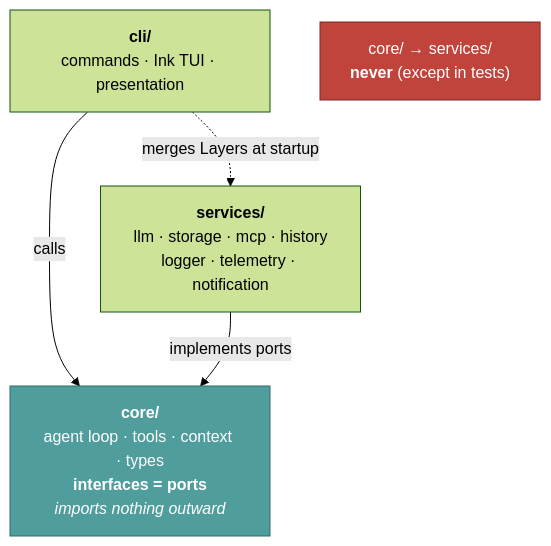
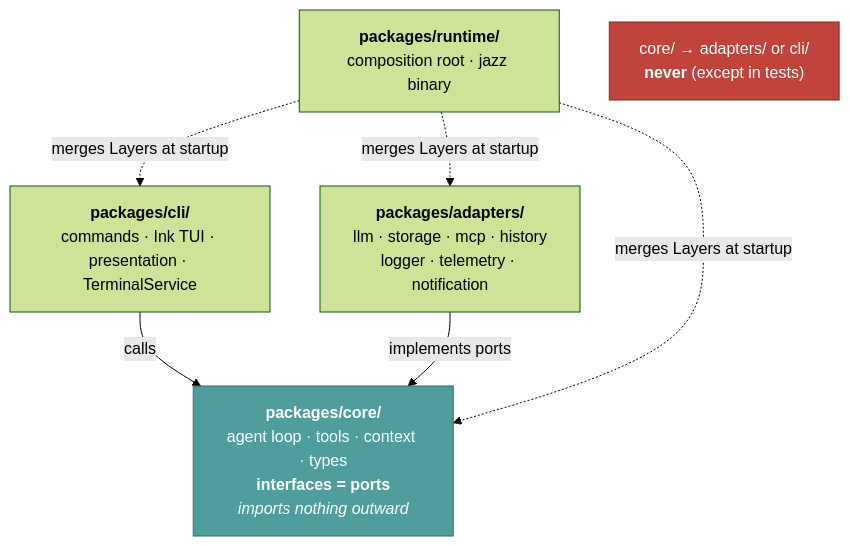
Before and after one commit to lvndry/jazz: the first of 2 diagrams in docs/internals/code-map.md, drawn with Mermaid (forest theme). The commit also changed other lines of this file and 961 other files, not shown here.

````diff
--- a/docs/internals/code-map.md
+++ b/docs/internals/code-map.md
@@ -25,17 +38,20 @@
 ```mermaid
 flowchart TB
-    CLI["<b>cli/</b><br/>commands · Ink TUI · presentation"]
-    CORE["<b>core/</b><br/>agent loop · tools · context · types<br/><b>interfaces = ports</b><br/><i>imports nothing outward</i>"]
-    SVC["<b>services/</b><br/>llm · storage · mcp · history<br/>logger · telemetry · notification"]
+    CLI["<b>packages/cli/</b><br/>commands · Ink TUI · presentation · TerminalService"]
+    CORE["<b>packages/core/</b><br/>agent loop · tools · context · types<br/><b>interfaces = ports</b><br/><i>imports nothing outward</i>"]
+    ADP["<b>packages/adapters/</b><br/>llm · storage · mcp · history<br/>logger · telemetry · notification"]
+    RT["<b>packages/runtime/</b><br/>composition root · jazz binary"]
 
     CLI -->|"calls"| CORE
-    SVC -->|"implements ports"| CORE
-    CLI -.->|"merges Layers at startup"| SVC
+    ADP -->|"implements ports"| CORE
+    RT -.->|"merges Layers at startup"| CLI
+    RT -.->|"merges Layers at startup"| ADP
+    RT -.->|"merges Layers at startup"| CORE
 
-    NO["core/ → services/<br/><b>never</b> (except in tests)"]
+    NO["core/ → adapters/ or cli/<br/><b>never</b> (except in tests)"]
 
     classDef core fill:#4f9d9d,stroke:#2f6d6d,color:#ffffff
     classDef forbidden fill:#c1443c,stroke:#7d2b26,color:#ffffff
     class CORE core
     class NO forbidden
 ```
````
